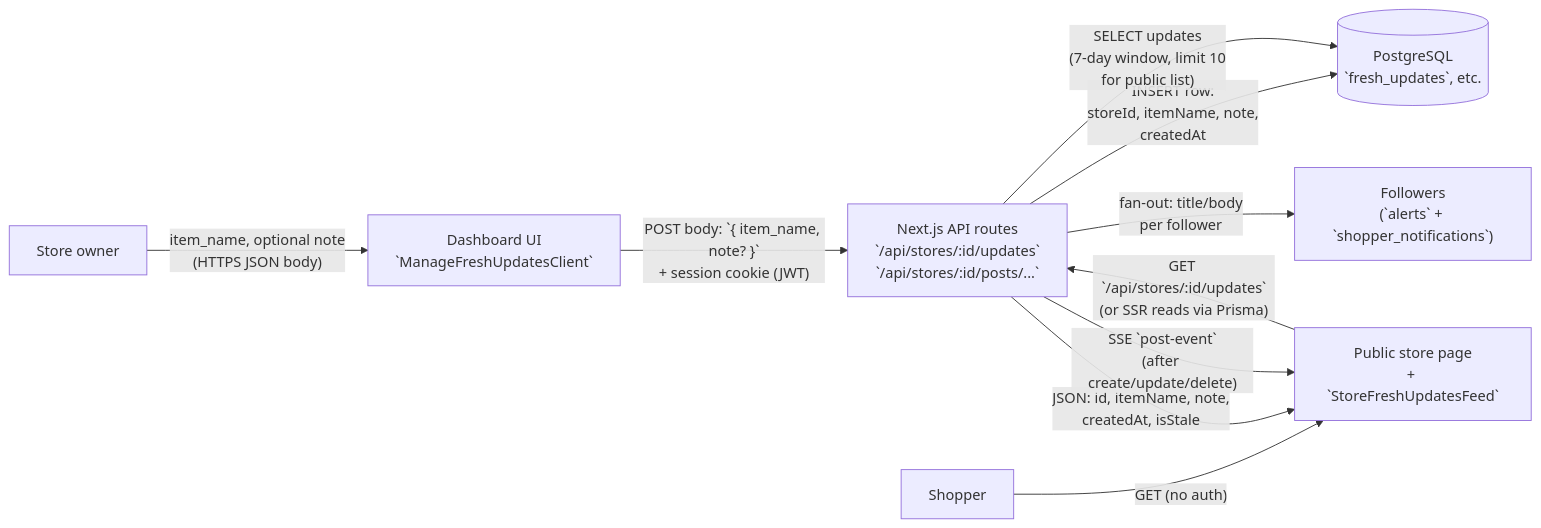
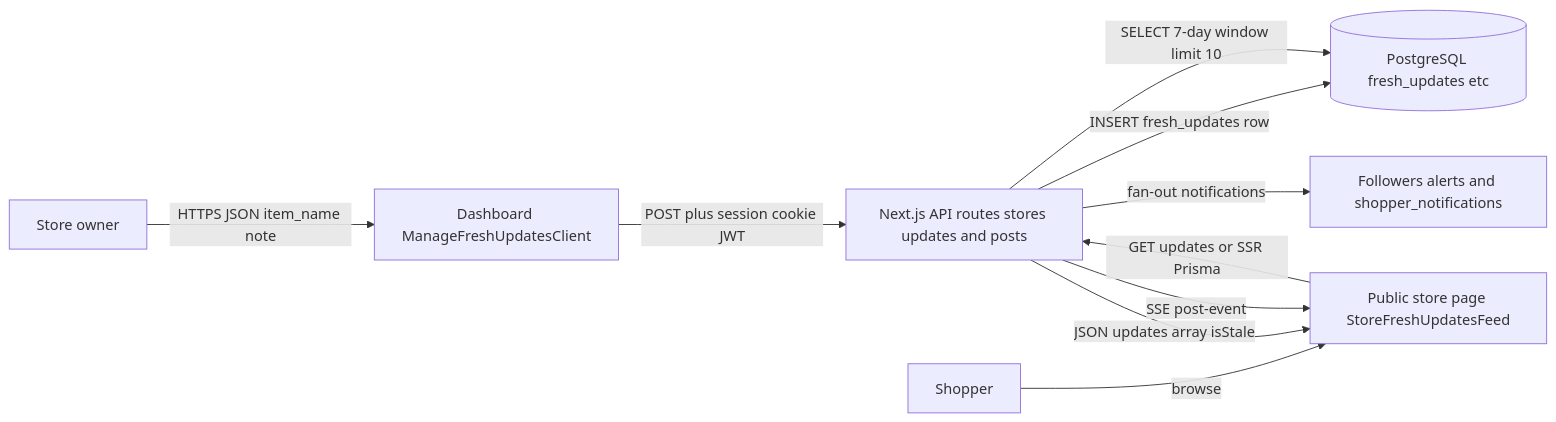
The second of 3 diagrams in docs/dev-spec-story-11-fresh-today-updates-owner.md (gsha22/GrocerEase), drawn with Mermaid before and after one commit. The commit also changed other lines of this file, not shown here.

First line of the commit message:
docs: fix Mermaid for GitHub, drop automated-tests section

````diff
--- a/docs/dev-spec-story-11-fresh-today-updates-owner.md
+++ b/docs/dev-spec-story-11-fresh-today-updates-owner.md
@@ -91,22 +93,22 @@
 ```mermaid
 flowchart LR
   Owner["Store owner"]
   Shopper["Shopper"]
-  Dash["Dashboard UI\n`ManageFreshUpdatesClient`"]
-  StorePage["Public store page\n+ `StoreFreshUpdatesFeed`"]
-  API["Next.js API routes\n`/api/stores/:id/updates`\n`/api/stores/:id/posts/...`"]
-  DB[("PostgreSQL\n`fresh_updates`, etc.")]
-  Followers["Followers\n(`alerts` + `shopper_notifications`)"]
+  Dash["Dashboard ManageFreshUpdatesClient"]
+  StorePage["Public store page StoreFreshUpdatesFeed"]
+  API["Next.js API routes stores updates and posts"]
+  DB[("PostgreSQL fresh_updates etc")]
+  Followers["Followers alerts and shopper_notifications"]
 
-  Owner -->|"item_name, optional note\n(HTTPS JSON body)"| Dash
-  Dash -->|"POST body: `{ item_name, note? }`\n+ session cookie (JWT)"| API
-  API -->|"INSERT row:\nstoreId, itemName, note,\ncreatedAt"| DB
-  API -->|"fan-out: title/body\nper follower"| Followers
+  Owner -->|HTTPS JSON item_name note| Dash
+  Dash -->|POST plus session cookie JWT| API
+  API -->|INSERT fresh_updates row| DB
+  API -->|fan-out notifications| Followers
 
-  Shopper -->|"GET (no auth)"| StorePage
-  StorePage -->|"GET `/api/stores/:id/updates`\n(or SSR reads via Prisma)"| API
-  API -->|"SELECT updates\n(7-day window, limit 10\nfor public list)"| DB
-  API -->|"JSON: id, itemName, note,\ncreatedAt, isStale"| StorePage
+  Shopper -->|browse| StorePage
+  StorePage -->|GET updates or SSR Prisma| API
+  API -->|SELECT 7-day window limit 10| DB
+  API -->|JSON updates array isStale| StorePage
 
-  API -->|"SSE `post-event`\n(after create/update/delete)"| StorePage
+  API -->|SSE post-event| StorePage
 ```
````
